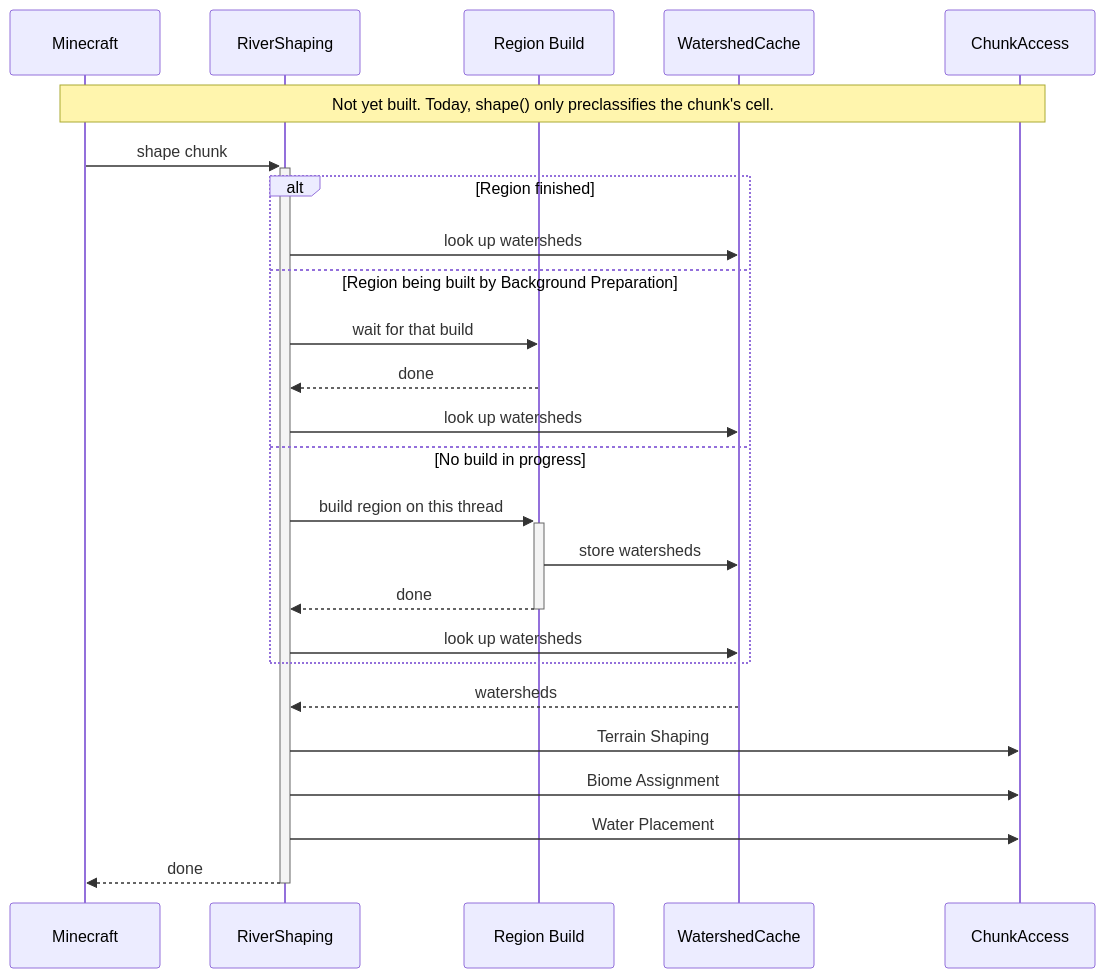
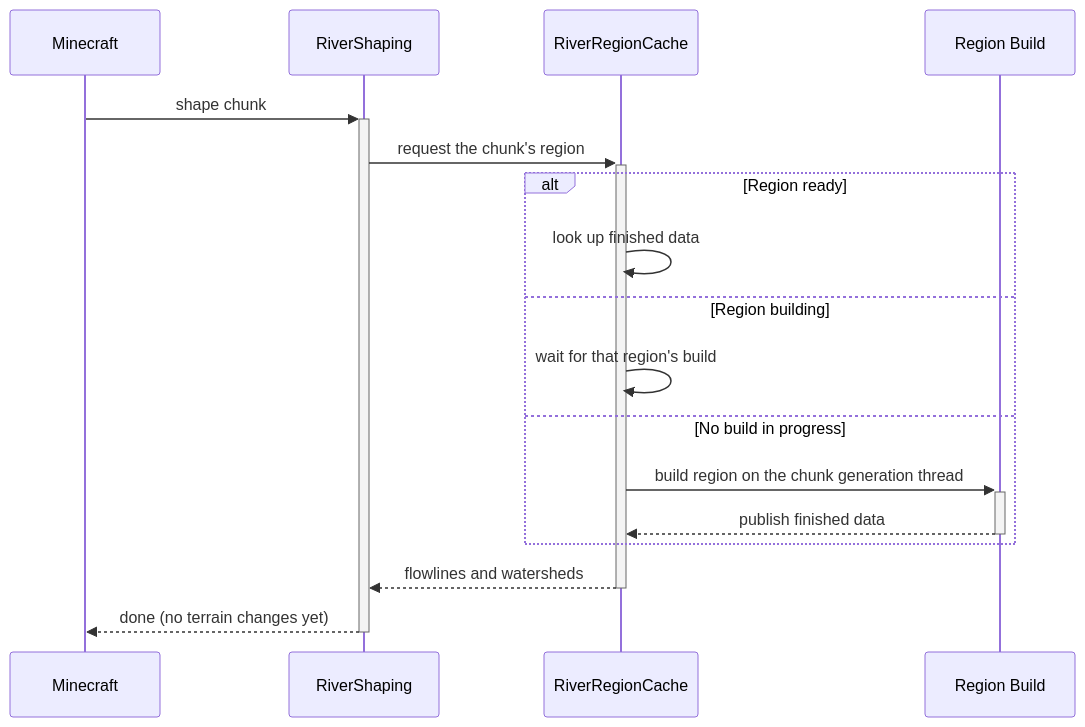
Before and after one commit to SoSly/RiverTale: the third of 22 diagrams in docs/features/rivers/Rough Diagrams.md, drawn with Mermaid. The commit also changed other lines of this file and 39 other files, not shown here.

````diff
--- a/docs/features/rivers/Rough Diagrams.md
+++ b/docs/features/rivers/Rough Diagrams.md
@@ -98,33 +86,20 @@
 ```mermaid
 sequenceDiagram
     participant Minecraft
     participant RiverShaping
+    participant Cache as RiverRegionCache
     participant Build as Region Build
-    participant WatershedCache
-    participant ChunkAccess
-
-    Note over Minecraft,ChunkAccess: Not yet built. Today, shape() only preclassifies the chunk's cell.
 
     Minecraft ->>+ RiverShaping: shape chunk
-
-    alt Region finished
-        RiverShaping ->> WatershedCache: look up watersheds
-    else Region being built by Background Preparation
-        RiverShaping ->> Build: wait for that build
-        Build -->> RiverShaping: done
-        RiverShaping ->> WatershedCache: look up watersheds
+    RiverShaping ->>+ Cache: request the chunk's region
+    alt Region ready
+        Cache ->> Cache: look up finished data
+    else Region building
+        Cache ->> Cache: wait for that region's build
     else No build in progress
-        RiverShaping ->>+ Build: build region on this thread
-        Build ->> WatershedCache: store watersheds
-        Build -->>- RiverShaping: done
-        RiverShaping ->> WatershedCache: look up watersheds
+        Cache ->>+ Build: build region on the chunk generation thread
+        Build -->>- Cache: publish finished data
     end
-
-    WatershedCache -->> RiverShaping: watersheds
-
-    RiverShaping ->> ChunkAccess: Terrain Shaping
-    RiverShaping ->> ChunkAccess: Biome Assignment
-    RiverShaping ->> ChunkAccess: Water Placement
-
-    RiverShaping -->>- Minecraft: done
+    Cache -->>- RiverShaping: flowlines and watersheds
+    RiverShaping -->>- Minecraft: done (no terrain changes yet)
 ```
````
